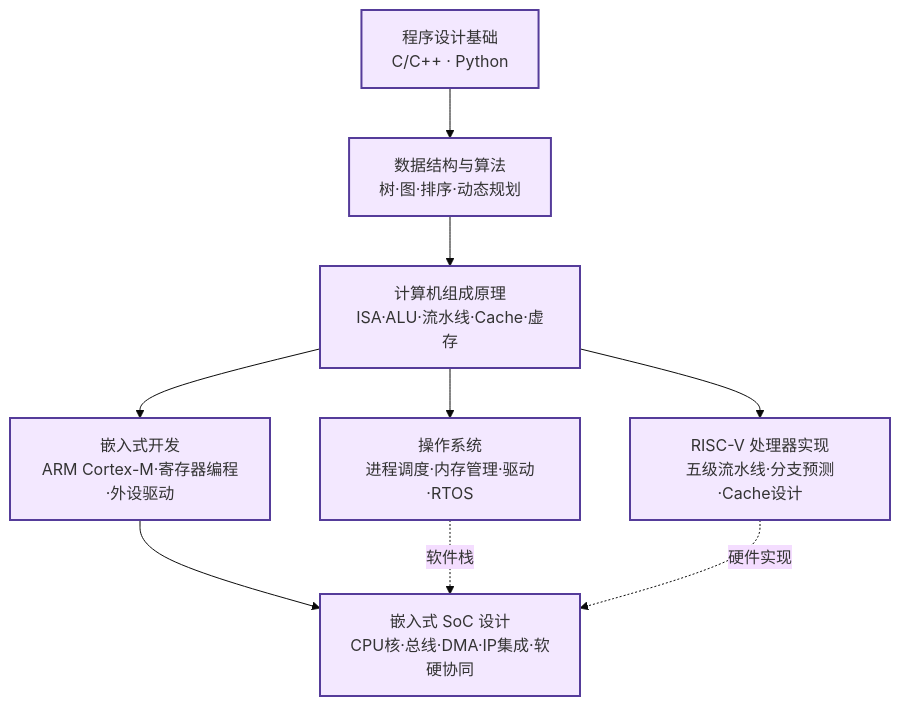
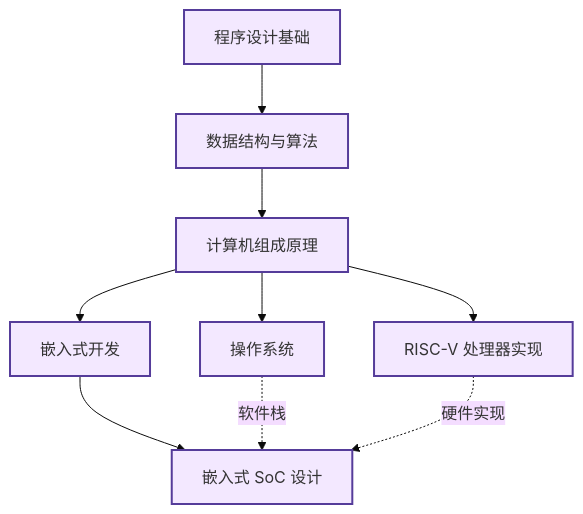
One commit to Crys-Chen/ic-guide changed the fifth of 6 diagrams in docs/知识谱系.md. Above: the diagram before and after it, drawn with Mermaid (base theme). The commit also changed other lines of this file and 17 other files, not shown here.

````diff
--- a/docs/知识谱系.md
+++ b/docs/知识谱系.md
@@ -174,19 +174,19 @@
 ```mermaid
 graph TB
-    PROG["程序设计基础\nC/C++ · Python"]
-    DS["数据结构与算法\n树·图·排序·动态规划"]
-    ARCH["计算机组成原理\nISA·ALU·流水线·Cache·虚存"]
-    OS["操作系统\n进程调度·内存管理·驱动·RTOS"]
-    EMB["嵌入式开发\nARM Cortex-M·寄存器编程·外设驱动"]
-    SOC["嵌入式 SoC 设计\nCPU核·总线·DMA·IP集成·软硬协同"]
-    RISC["RISC-V 处理器实现\n五级流水线·分支预测·Cache设计"]
+    PROG["程序设计基础"]
+    DS["数据结构与算法"]
+    ARCH["计算机组成原理"]
+    OS["操作系统"]
+    EMB["嵌入式开发"]
+    SOC["嵌入式 SoC 设计"]
+    RISC["RISC-V 处理器实现"]
     
     PROG --> DS --> ARCH --> OS
     ARCH --> EMB --> SOC
     ARCH --> RISC
     OS -.->|软件栈| SOC
     RISC -.->|硬件实现| SOC
     
     classDef system fill:#F3E8FF,stroke:#553C9A,stroke-width:2px
     class PROG,DS,ARCH,OS,EMB,SOC,RISC system
 ```
````
